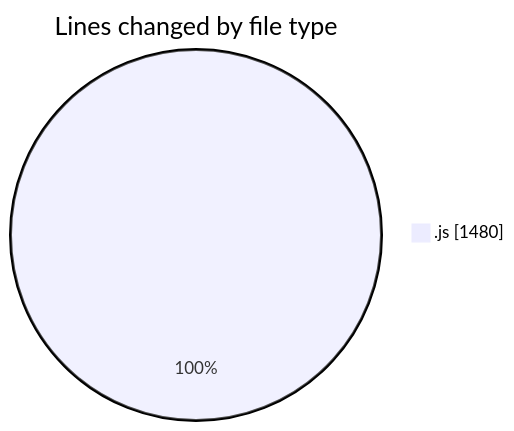
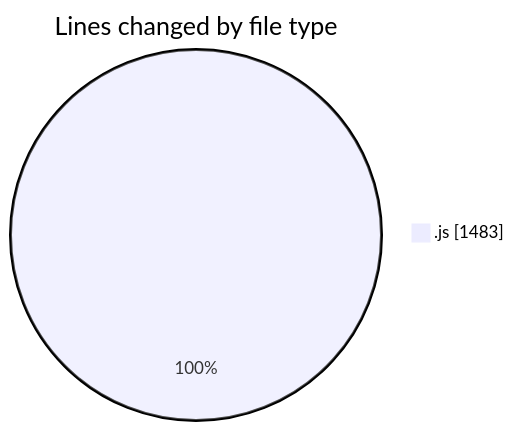
Before and after one commit to lephambinh05/code-tracking: the first of 2 diagrams in 2025-09-07/keynode1/README.md, drawn with Mermaid. The commit also changed other lines of this file and 1 other file, not shown here.

````diff
--- a/2025-09-07/keynode1/README.md
+++ b/2025-09-07/keynode1/README.md
@@ -20,5 +20,5 @@
 ```mermaid
 pie showData
 title Lines changed by file type
-".js" : 1480
+".js" : 1483
 ```
````
